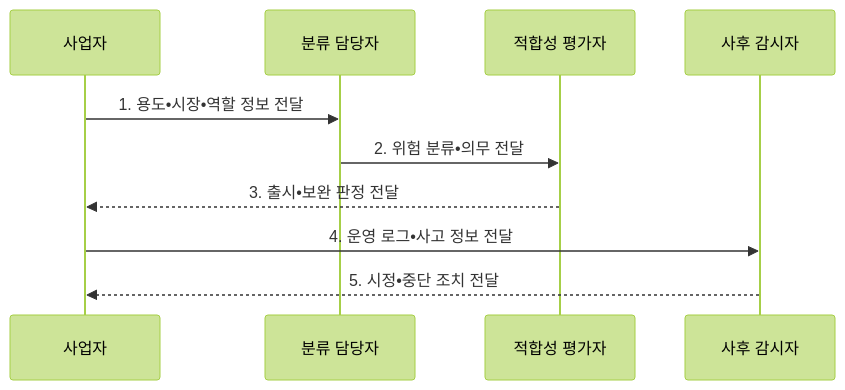
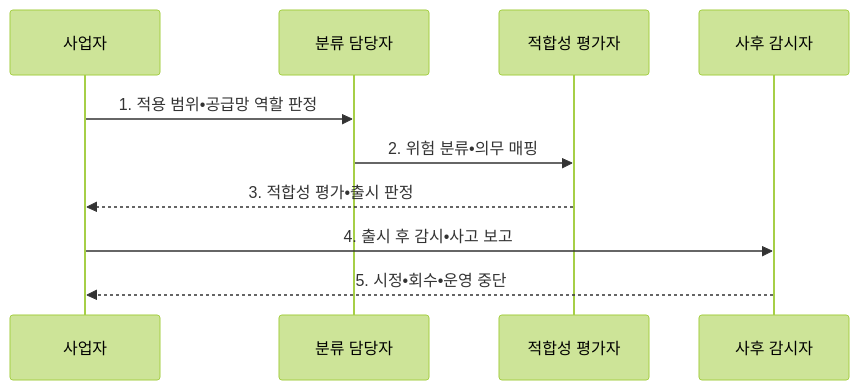
Before and after one commit to agnusdei1207/knowledge-base: the second of 2 diagrams in src/content/docs/notes/08-latest-tech/101_eu_ai_act.md, drawn with Mermaid (forest theme). The commit also changed other lines of this file and 15 other files, not shown here.

````diff
--- a/src/content/docs/notes/08-latest-tech/101_eu_ai_act.md
+++ b/src/content/docs/notes/08-latest-tech/101_eu_ai_act.md
@@ -109,12 +109,12 @@
 ```mermaid
 sequenceDiagram
     participant O as 사업자
     participant C as 분류 담당자
     participant A as 적합성 평가자
     participant M as 사후 감시자
-    O->>C: 1. 용도•시장•역할 정보 전달
-    C->>A: 2. 위험 분류•의무 전달
-    A-->>O: 3. 출시•보완 판정 전달
-    O->>M: 4. 운영 로그•사고 정보 전달
-    M-->>O: 5. 시정•중단 조치 전달
+    O->>C: 1. 적용 범위•공급망 역할 판정
+    C->>A: 2. 위험 분류•의무 매핑
+    A-->>O: 3. 적합성 평가•출시 판정
+    O->>M: 4. 출시 후 감시•사고 보고
+    M-->>O: 5. 시정•회수•운영 중단
 ```
````
